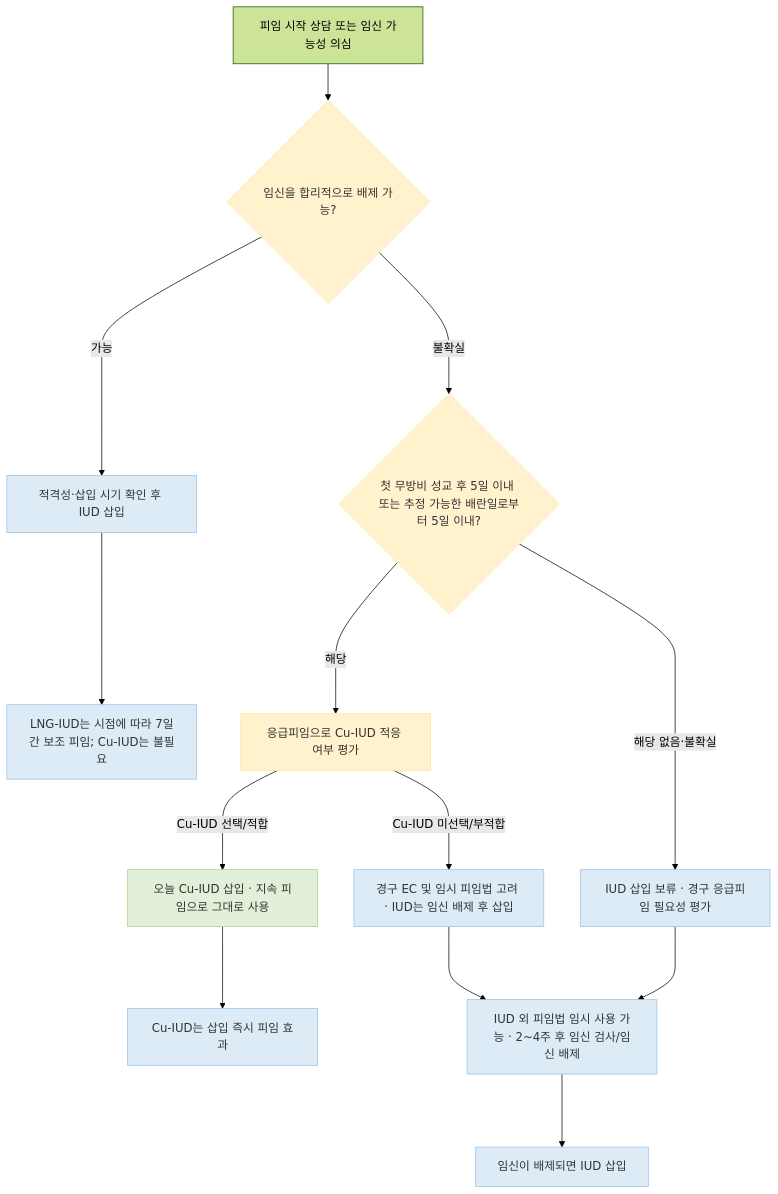
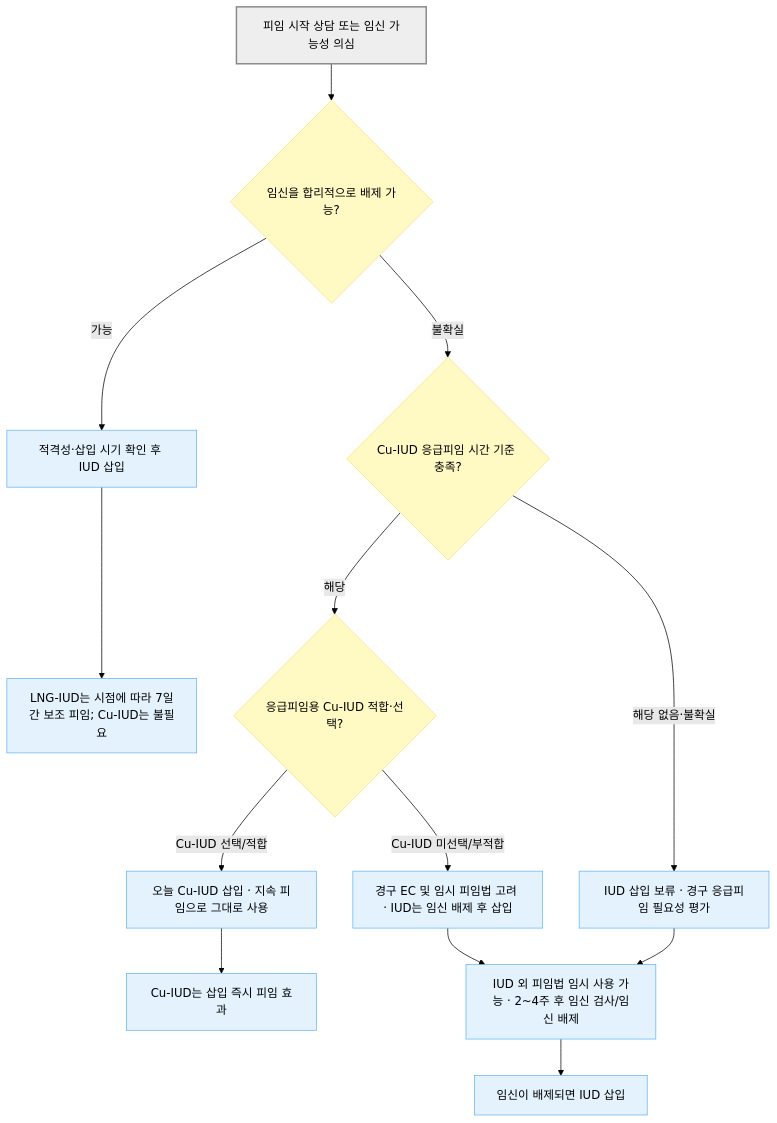
The second of 2 diagrams in 227_/131_-contraception.md (familyoh77/familyoh77), drawn with Mermaid (forest theme) before and after one commit. The commit also changed other lines of this file and 10 other files, not shown here.

````diff
--- a/227_/131_-contraception.md
+++ b/227_/131_-contraception.md
@@ -255,29 +262,28 @@
 ```mermaid
 flowchart TD
     S["피임 시작 상담 또는 임신 가능성 의심"]
     S --> A{"임신을 합리적으로 배제 가능?"}
 
-    A -- "가능" ---> B["적격성·삽입 시기 확인 후 IUD 삽입"]
-    A -- "불확실" ---> C{"첫 무방비 성교 후 5일 이내 또는 추정 가능한 배란일로부터 5일 이내?"}
+    A -- "가능" --> B["적격성·삽입 시기 확인 후 IUD 삽입"]
+    A -- "불확실" --> C{"Cu-IUD 응급피임 시간 기준 충족?"}
 
-    C -- "해당" ---> D["응급피임으로 Cu-IUD 적응 여부 평가"]
-    C -- "해당 없음·불확실" ---> E["IUD 삽입 보류 · 경구 응급피임 필요성 평가"]
+    C -- "해당" --> D{"응급피임용 Cu-IUD 적합·선택?"}
+    C -- "해당 없음·불확실" --> E["IUD 삽입 보류 · 경구 응급피임 필요성 평가"]
 
-    D -- "Cu-IUD 선택/적합" ---> F["오늘 Cu-IUD 삽입 · 지속 피임으로 그대로 사용"]
-    D -- "Cu-IUD 미선택/부적합" ---> G["경구 EC 및 임시 피임법 고려 · IUD는 임신 배제 후 삽입"]
+    D -- "Cu-IUD 선택/적합" --> F["오늘 Cu-IUD 삽입 · 지속 피임으로 그대로 사용"]
+    D -- "Cu-IUD 미선택/부적합" --> G["경구 EC 및 임시 피임법 고려 · IUD는 임신 배제 후 삽입"]
 
-    E ---> H["IUD 외 피임법 임시 사용 가능 · 2~4주 후 임신 검사/임신 배제"]
-    G ---> H
-    H ---> I["임신이 배제되면 IUD 삽입"]
+    E --> H["IUD 외 피임법 임시 사용 가능 · 2~4주 후 임신 검사/임신 배제"]
+    G --> H
+    H --> I["임신이 배제되면 IUD 삽입"]
 
-    B ---> J["LNG-IUD는 시점에 따라 7일간 보조 피임; Cu-IUD는 불필요"]
-    F ---> K["Cu-IUD는 삽입 즉시 피임 효과"]
-
-    classDef yellow fill:#FFF2CC,stroke:#FFE699,color:#333
-    classDef green fill:#E2F0D9,stroke:#A9D08E,color:#333
-    classDef blue fill:#DDEBF7,stroke:#9BC2E6,color:#333
-
-    class A,C,D yellow
-    class F green
-    class B,E,G,H,I,J,K blue
+    B --> J["LNG-IUD는 시점에 따라 7일간 보조 피임; Cu-IUD는 불필요"]
+    F --> K["Cu-IUD는 삽입 즉시 피임 효과"]
+    classDef start fill:#eeeeee,stroke:#888888,stroke-width:2px
+    classDef question fill:#fff9c4,stroke:#ffe082
+    classDef emergency fill:#ffdddd,stroke:#d32f2f
+    classDef care fill:#e3f2fd,stroke:#64b5f6
+    class S start
+    class A,C,D question
+    class B,E,F,G,H,I,J,K care
 ```
````
